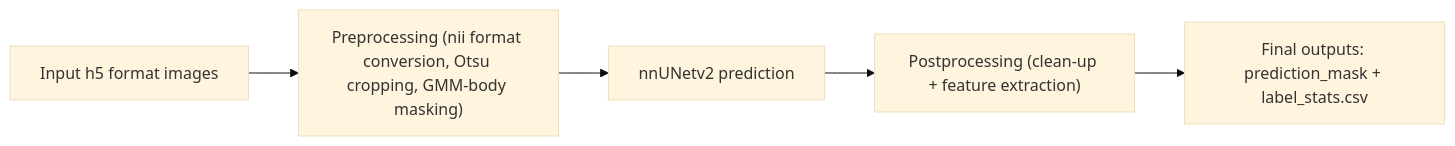
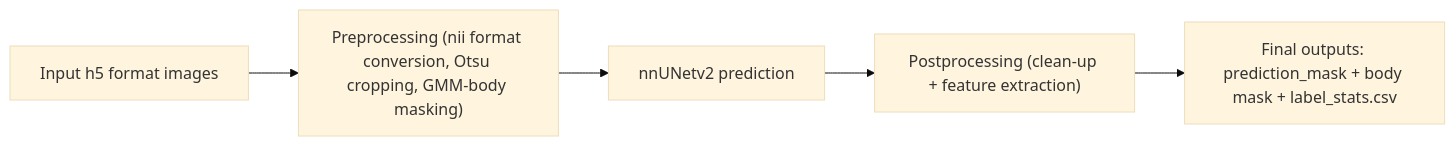
The diagram in README.md (Chase-hucl/Flyseg), drawn with Mermaid (base theme) before and after one commit.

````diff
--- a/README.md
+++ b/README.md
@@ -99,7 +99,7 @@
 ```mermaid
 flowchart LR
     A["Input h5 format images"] --> B["Preprocessing (nii format conversion, Otsu cropping, GMM-body masking)"]
     B --> C["nnUNetv2 prediction"]
     C --> D["Postprocessing (clean-up + feature extraction)"]
-    D --> E["Final outputs: prediction_mask + label_stats.csv"]
+    D --> E["Final outputs: prediction_mask + body mask + label_stats.csv"]
 ```
````
